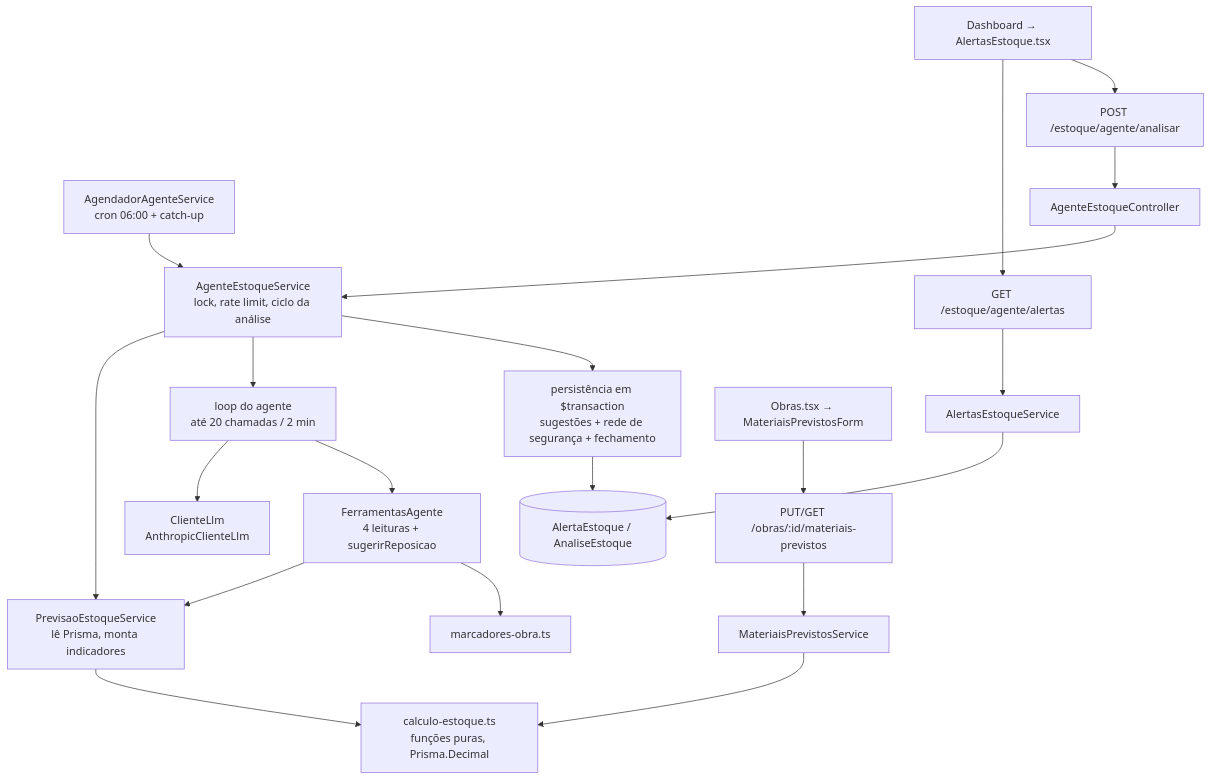
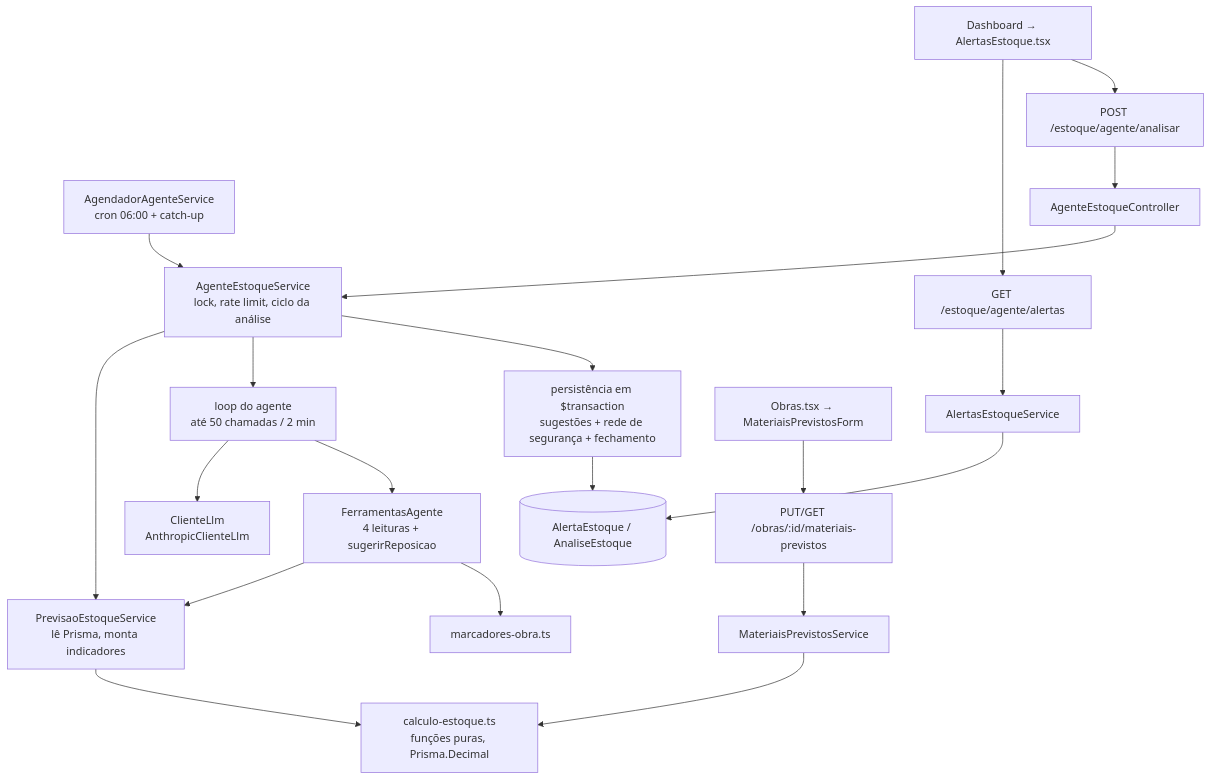
The diagram in .claude/specs/features/estoque-agente-proativo/design.md (S06-2026-2/T-Square), drawn with Mermaid before and after one commit. The commit also changed other lines of this file and 35 other files, not shown here.

````diff
--- a/.claude/specs/features/estoque-agente-proativo/design.md
+++ b/.claude/specs/features/estoque-agente-proativo/design.md
@@ -24,22 +24,22 @@
 ```mermaid
 graph TD
     CRON[AgendadorAgenteService<br/>cron 06:00 + catch-up] --> SVC
     BTN[POST /estoque/agente/analisar] --> CTRL[AgenteEstoqueController]
     CTRL --> SVC[AgenteEstoqueService<br/>lock, rate limit, ciclo da análise]
     SVC --> PREV[PrevisaoEstoqueService<br/>lê Prisma, monta indicadores]
     PREV --> CALC[calculo-estoque.ts<br/>funções puras, Prisma.Decimal]
-    SVC --> LOOP[loop do agente<br/>até 20 chamadas / 2 min]
+    SVC --> LOOP[loop do agente<br/>até 50 chamadas / 2 min]
     LOOP --> LLM[ClienteLlm<br/>AnthropicClienteLlm]
     LOOP --> FERR[FerramentasAgente<br/>4 leituras + sugerirReposicao]
     FERR --> PREV
     FERR --> MARC[marcadores-obra.ts]
     SVC --> PERS[persistência em $transaction<br/>sugestões + rede de segurança + fechamento]
     PERS --> DB[(AlertaEstoque / AnaliseEstoque)]
     GET[GET /estoque/agente/alertas] --> ALERT[AlertasEstoqueService]
     ALERT --> DB
     DASH[Dashboard → AlertasEstoque.tsx] --> GET
     DASH --> BTN
     OBRAS[Obras.tsx → MateriaisPrevistosForm] --> PUTP[PUT/GET /obras/:id/materiais-previstos]
     PUTP --> MPS[MateriaisPrevistosService]
     MPS --> CALC
 ```
````
